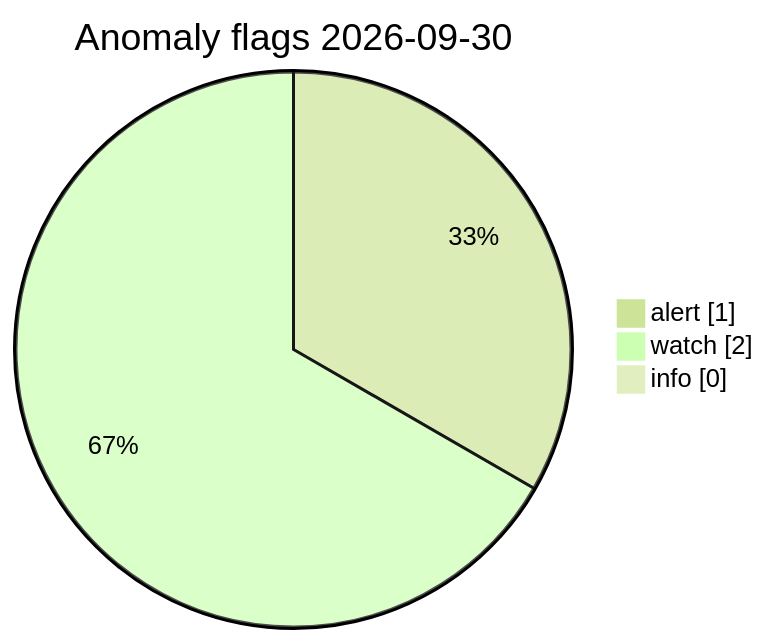
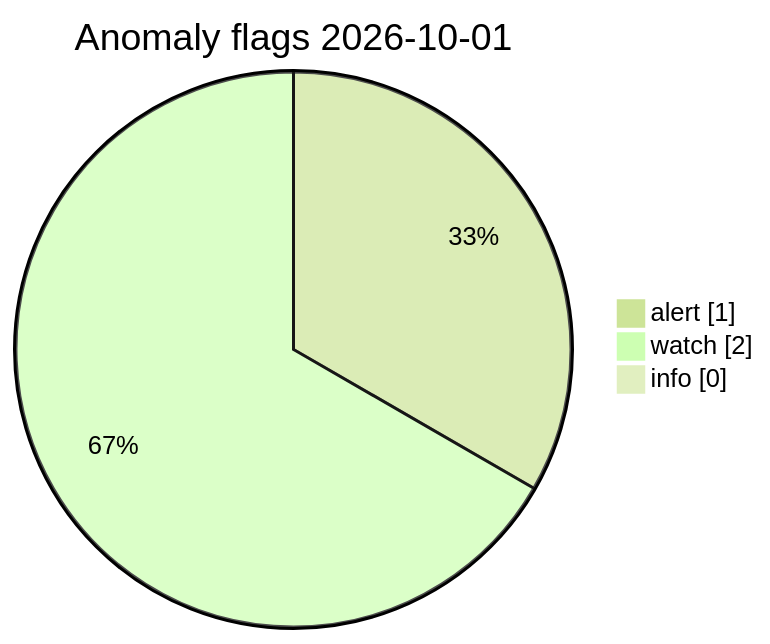
The diagram in visuals/latest/CHARTS.md (Midwest-Stratospheric/Unified-Open-Global-Weather), drawn with Mermaid (forest theme) before and after one commit. The commit also changed other lines of this file and 11 other files, not shown here.

Commit message:
data(visuals): automated charts 2026-10-01T13:22Z

````diff
--- a/visuals/latest/CHARTS.md
+++ b/visuals/latest/CHARTS.md
@@ -73,7 +73,7 @@
 ```mermaid
 pie showData
-  title Anomaly flags 2026-09-30
+  title Anomaly flags 2026-10-01
   "alert" : 1
   "watch" : 2
   "info" : 0
 ```
````
